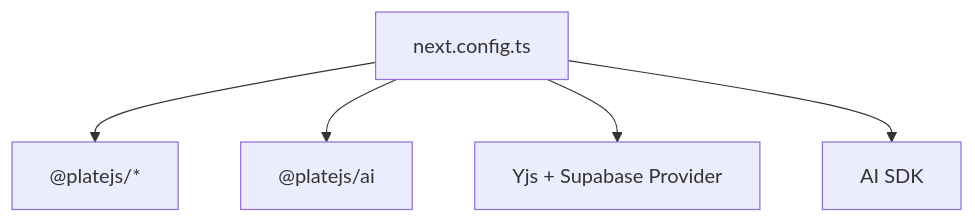
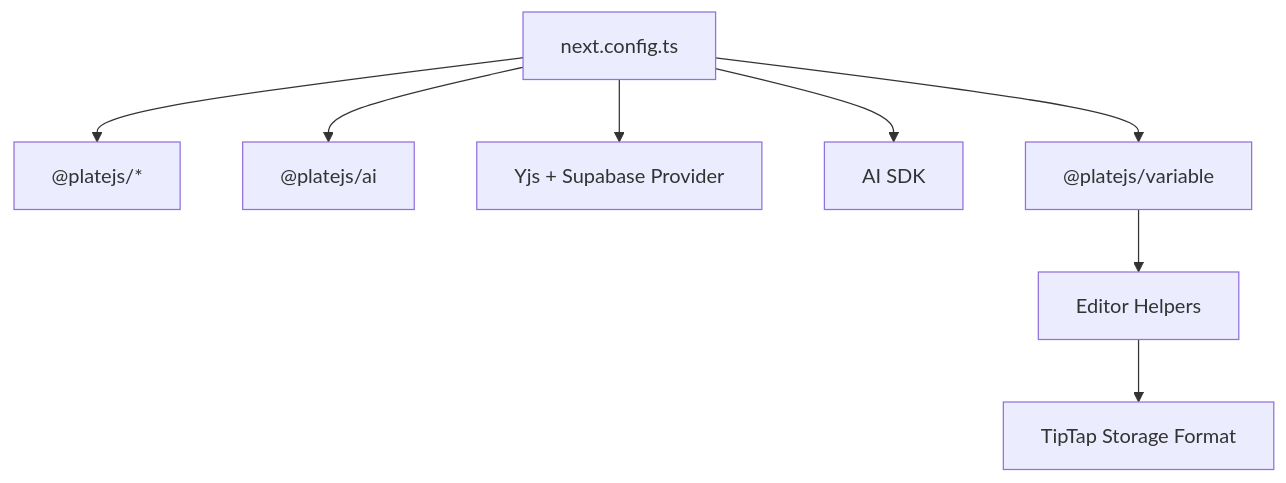
The tenth of 10 diagrams in .qoder/repowiki/en/content/AI Integration and Features/AI-Assisted Document Editor.md (SinesysTech/zattar-os), drawn with Mermaid before and after one commit. The commit also changed other lines of this file and 12 other files, not shown here.

````diff
--- a/.qoder/repowiki/en/content/AI Integration and Features/AI-Assisted Document Editor.md
+++ b/.qoder/repowiki/en/content/AI Integration and Features/AI-Assisted Document Editor.md
@@ -321,12 +480,18 @@
 ```mermaid
 graph TB
 Next["next.config.ts"]
 Plate["@platejs/*"]
 Copilot["@platejs/ai"]
 Yjs["Yjs + Supabase Provider"]
 AI_SDK["AI SDK"]
+Variable["@platejs/variable"]
+Storage["TipTap Storage Format"]
+EditorHelpers["Editor Helpers"]
 Next --> Plate
 Next --> Copilot
 Next --> Yjs
 Next --> AI_SDK
+Next --> Variable
+Variable --> EditorHelpers
+EditorHelpers --> Storage
 ```
````
